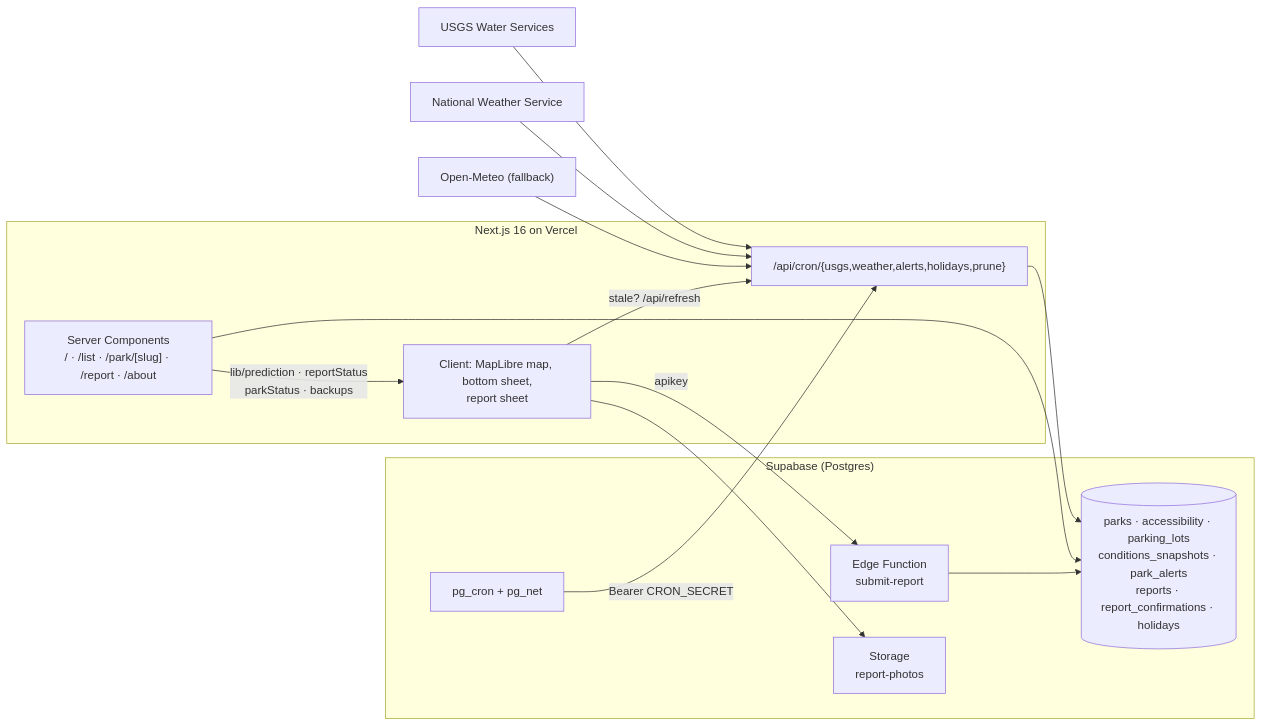
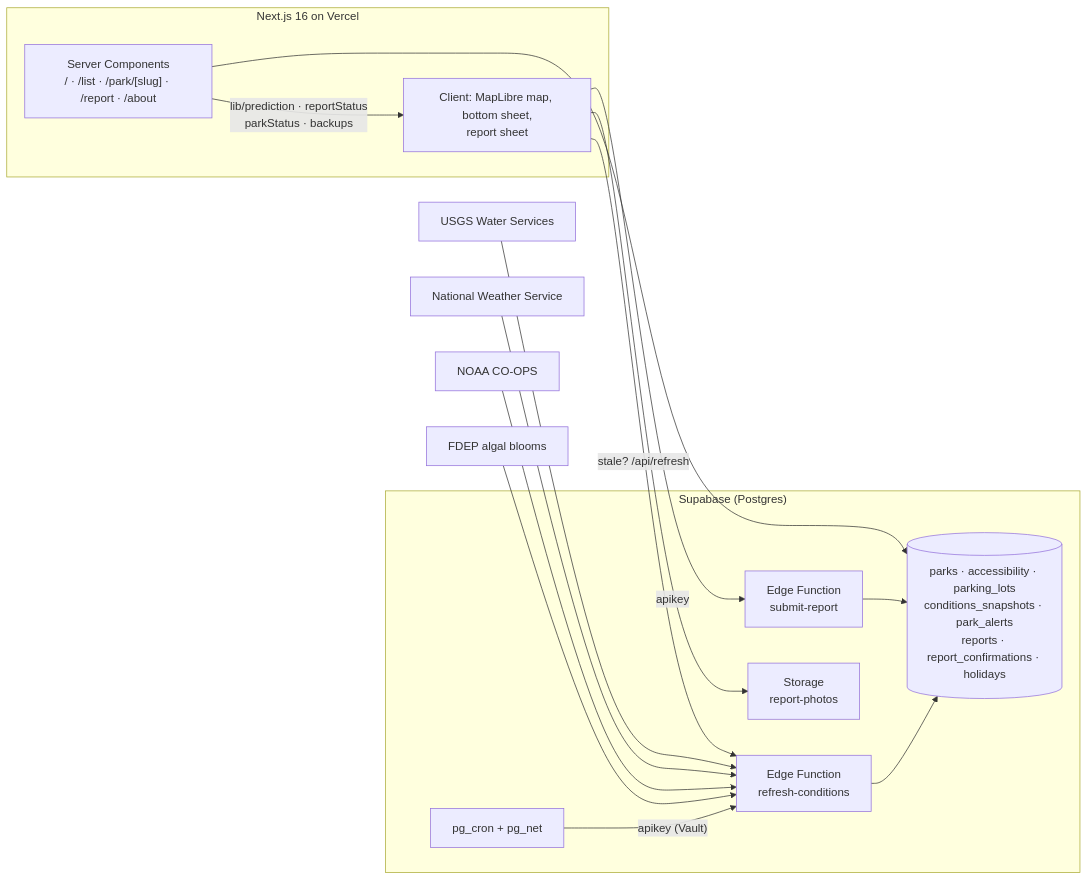
The diagram in README.md (kofki/lakelens), drawn with Mermaid before and after one commit. The commit also changed other lines of this file and 32 other files, not shown here.

First line of the commit message:
Scheduled ingestion moves into a Supabase Edge Function; drop Open-Meteo

````diff
--- a/README.md
+++ b/README.md
@@ -36,24 +36,25 @@
 ```mermaid
 flowchart LR
   subgraph Supabase["Supabase (Postgres)"]
     PG[(parks · accessibility · parking_lots<br/>conditions_snapshots · park_alerts<br/>reports · report_confirmations · holidays)]
     CRON[pg_cron + pg_net]
     EF[Edge Function<br/>submit-report]
     ST[Storage<br/>report-photos]
+    EFR["Edge Function<br/>refresh-conditions"]
   end
   subgraph Vercel["Next.js 16 on Vercel"]
-    RH["/api/cron/{usgs,weather,alerts,holidays,prune}"]
     PAGES["Server Components<br/>/ · /list · /park/[slug] · /report · /about"]
     CLIENT["Client: MapLibre map, bottom sheet,<br/>report sheet"]
   end
-  USGS["USGS Water Services"] --> RH
-  NWS["National Weather Service"] --> RH
-  OM["Open-Meteo (fallback)"] --> RH
-  CRON -- "Bearer CRON_SECRET" --> RH
-  RH --> PG
+  USGS["USGS Water Services"] --> EFR
+  NWS["National Weather Service"] --> EFR
+  NOAA["NOAA CO-OPS"] --> EFR
+  FDEP["FDEP algal blooms"] --> EFR
+  CRON -- "apikey (Vault)" --> EFR
+  EFR --> PG
   PAGES --> PG
   PAGES -- "lib/prediction · reportStatus<br/>parkStatus · backups" --> CLIENT
   CLIENT -- "apikey" --> EF --> PG
   CLIENT --> ST
-  CLIENT -- "stale? /api/refresh" --> RH
+  CLIENT -- "stale? /api/refresh" --> EFR
 ```
````
